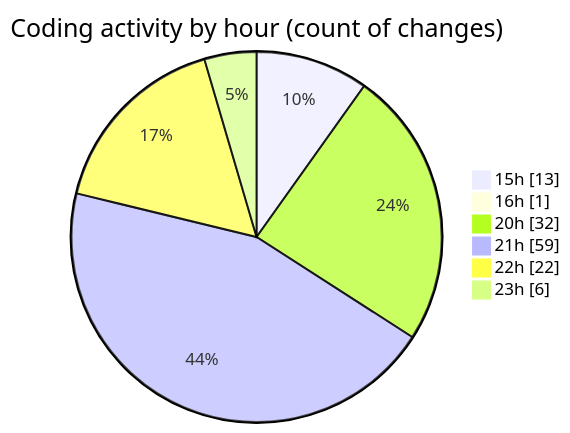
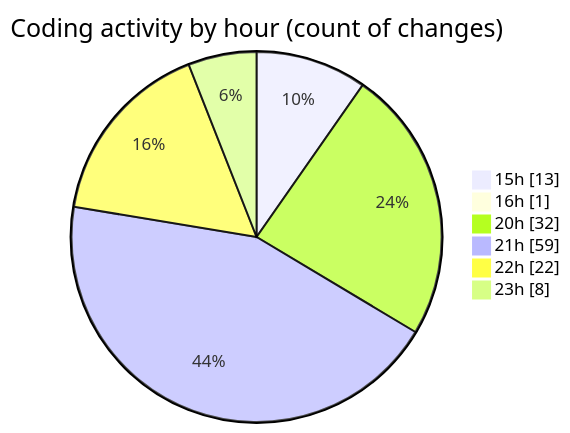
One commit to EIIisD/code-tracking changed the second of 2 diagrams in 2025-07-17/ribbon/README.md. Above: the diagram before and after it, drawn with Mermaid. The commit also changed other lines of this file and 1 other file, not shown here.

````diff
--- a/2025-07-17/ribbon/README.md
+++ b/2025-07-17/ribbon/README.md
@@ -68,10 +69,10 @@
 ```mermaid
 pie showData
 title Coding activity by hour (count of changes)
 "15h" : 13
 "16h" : 1
 "20h" : 32
 "21h" : 59
 "22h" : 22
-"23h" : 6
+"23h" : 8
 ```
````
